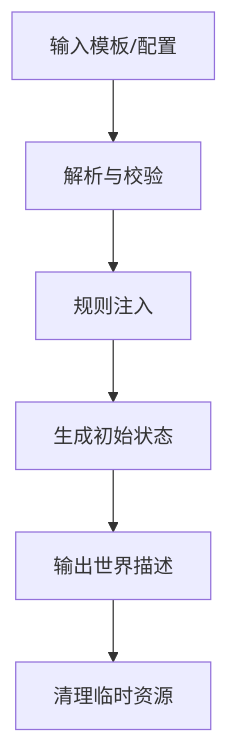
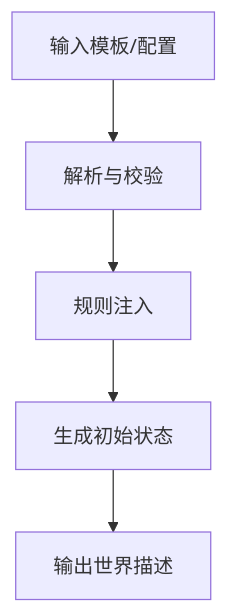
Before and after one commit to Ivandanslespace/thegreatnovel: diagram 11 of 12 in .qoder/repowiki/zh/content/运行时系统/运行时核心.md, drawn with Mermaid. The commit also changed other lines of this file and 100 other files, not shown here.

````diff
--- a/.qoder/repowiki/zh/content/运行时系统/运行时核心.md
+++ b/.qoder/repowiki/zh/content/运行时系统/运行时核心.md
@@ -472,8 +506,7 @@
 ```mermaid
 flowchart TD
 A["输入模板/配置"] --> B["解析与校验"]
 B --> C["规则注入"]
 C --> D["生成初始状态"]
 D --> E["输出世界描述"]
-E --> F["清理临时资源"]
 ```
````
